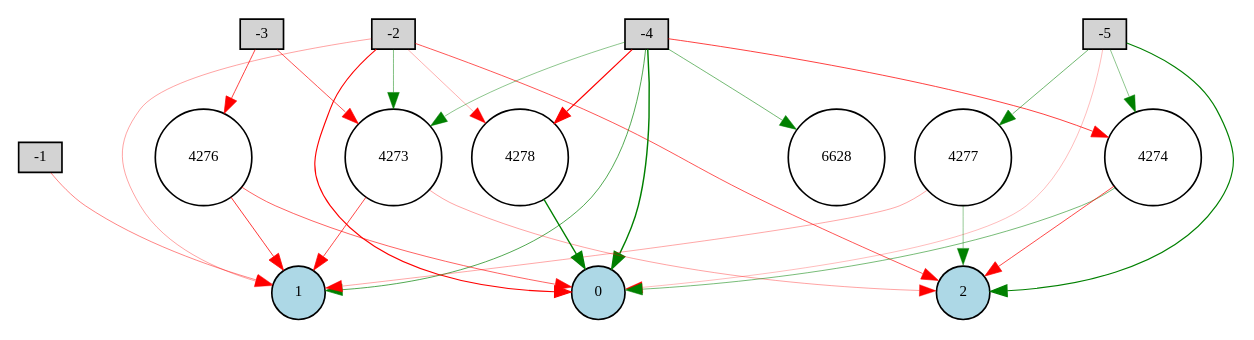
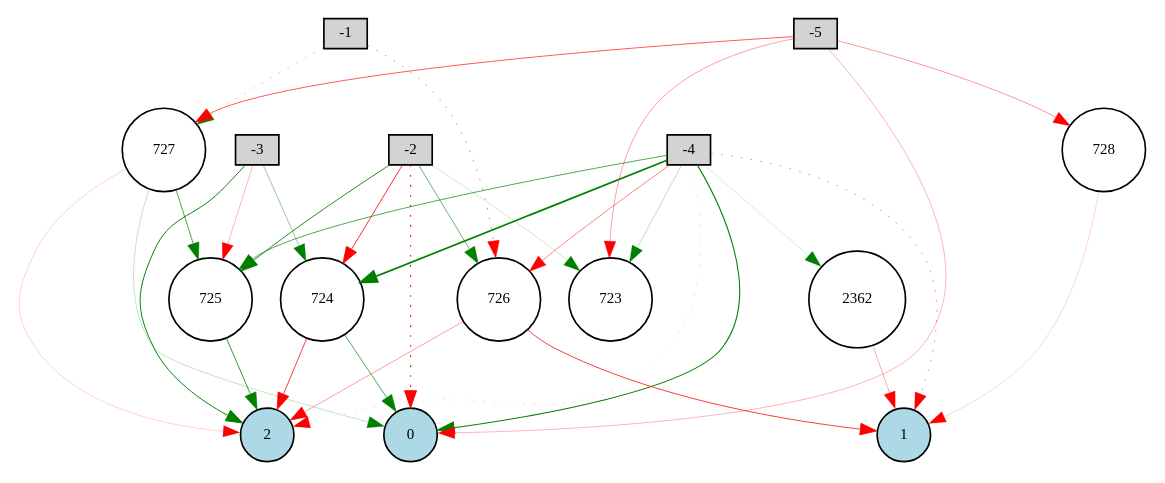
The diagram in TheGameAndTheGeneticAI/Digraph.gv (SparshaSaha/Self-Playing-AI-Bot-using-Evolutionary-Algorithms), drawn with Graphviz before and after one commit. The commit also changed 7 other files, not shown here.

```diff
--- a/TheGameAndTheGeneticAI/Digraph.gv
+++ b/TheGameAndTheGeneticAI/Digraph.gv
@@ -1,44 +1,50 @@
 digraph {
 	node [fontsize=9 height=0.2 shape=circle width=0.2]
 	-1 [fillcolor=lightgray shape=box style=filled]
 	-2 [fillcolor=lightgray shape=box style=filled]
 	-3 [fillcolor=lightgray shape=box style=filled]
 	-4 [fillcolor=lightgray shape=box style=filled]
 	-5 [fillcolor=lightgray shape=box style=filled]
 	0 [fillcolor=lightblue style=filled]
 	1 [fillcolor=lightblue style=filled]
 	2 [fillcolor=lightblue style=filled]
-	6628 [fillcolor=white style=filled]
-	4273 [fillcolor=white style=filled]
-	4274 [fillcolor=white style=filled]
-	4276 [fillcolor=white style=filled]
-	4277 [fillcolor=white style=filled]
-	4278 [fillcolor=white style=filled]
-	-5 -> 0 [color=red penwidth=0.15612209382888625 style=solid]
-	-3 -> 4273 [color=red penwidth=0.40985212997090925 style=solid]
-	-4 -> 6628 [color=green penwidth=0.33424494211961525 style=solid]
-	-2 -> 0 [color=red penwidth=0.6752320891383217 style=solid]
-	-4 -> 4274 [color=red penwidth=0.44579380607045616 style=solid]
-	4277 -> 1 [color=red penwidth=0.20806026723977367 style=solid]
-	-2 -> 2 [color=red penwidth=0.3983851810019513 style=solid]
-	-4 -> 4278 [color=red penwidth=0.693594141436488 style=solid]
-	-2 -> 4278 [color=red penwidth=0.19492356351705253 style=solid]
-	4273 -> 2 [color=red penwidth=0.22385733171094213 style=solid]
-	-4 -> 0 [color=green penwidth=0.8637417481084573 style=solid]
-	4276 -> 0 [color=red penwidth=0.3722146696747587 style=solid]
-	4274 -> 0 [color=green penwidth=0.3200846904241139 style=solid]
-	4277 -> 2 [color=green penwidth=0.25171139325308434 style=solid]
-	-2 -> 1 [color=red penwidth=0.2245036363581412 style=solid]
-	-4 -> 4273 [color=green penwidth=0.2701208973615318 style=solid]
-	4274 -> 2 [color=red penwidth=0.4285043924879728 style=solid]
-	-5 -> 4274 [color=green penwidth=0.2746725705510943 style=solid]
-	-5 -> 4277 [color=green penwidth=0.3413244981387672 style=solid]
-	4276 -> 1 [color=red penwidth=0.4655590827694507 style=solid]
-	4273 -> 1 [color=red penwidth=0.426857481254556 style=solid]
-	4278 -> 0 [color=green penwidth=0.7991223361124299 style=solid]
-	-2 -> 4273 [color=green penwidth=0.2966000061262928 style=solid]
-	-4 -> 1 [color=green penwidth=0.41473165380457977 style=solid]
-	-1 -> 1 [color=red penwidth=0.28544789384110236 style=solid]
-	-5 -> 2 [color=green penwidth=0.6996740882571642 style=solid]
-	-3 -> 4276 [color=red penwidth=0.4539985510374145 style=solid]
+	723 [fillcolor=white style=filled]
+	724 [fillcolor=white style=filled]
+	725 [fillcolor=white style=filled]
+	726 [fillcolor=white style=filled]
+	727 [fillcolor=white style=filled]
+	728 [fillcolor=white style=filled]
+	2362 [fillcolor=white style=filled]
+	-5 -> 0 [color=red penwidth=0.18102949605434174 style=solid]
+	-2 -> 0 [color=red penwidth=0.6716353406249786 style=dotted]
+	-2 -> 725 [color=green penwidth=0.5183338157816337 style=solid]
+	725 -> 2 [color=green penwidth=0.4847197427810167 style=solid]
+	-3 -> 724 [color=green penwidth=0.2649685799297655 style=solid]
+	-1 -> 727 [color=green penwidth=0.2004220421758966 style=dotted]
+	-5 -> 723 [color=red penwidth=0.23287053289253518 style=solid]
+	-4 -> 725 [color=green penwidth=0.4066137476861216 style=solid]
+	-4 -> 2 [color=red penwidth=0.11184885236038666 style=dotted]
+	-4 -> 0 [color=green penwidth=0.6318597085522605 style=solid]
+	-2 -> 723 [color=green penwidth=0.12373327442451196 style=solid]
+	-4 -> 2362 [color=green penwidth=0.10328202179925325 style=solid]
+	724 -> 0 [color=green penwidth=0.40689529360201504 style=solid]
+	-5 -> 727 [color=red penwidth=0.38586306914577206 style=solid]
+	726 -> 2 [color=red penwidth=0.23230426905673804 style=solid]
+	2362 -> 1 [color=red penwidth=0.19651456981131335 style=solid]
+	-5 -> 728 [color=red penwidth=0.251403696544232 style=solid]
+	724 -> 2 [color=red penwidth=0.4588551610974153 style=solid]
+	-3 -> 2 [color=green penwidth=0.5811116493992163 style=solid]
+	-4 -> 726 [color=red penwidth=0.28595564766346143 style=solid]
+	727 -> 2 [color=red penwidth=0.10821678486022862 style=solid]
+	-2 -> 726 [color=green penwidth=0.353533467006525 style=solid]
+	-1 -> 726 [color=red penwidth=0.3169608442327985 style=dotted]
+	727 -> 725 [color=green penwidth=0.41965354947554334 style=solid]
+	727 -> 0 [color=green penwidth=0.14359146379074517 style=solid]
+	-2 -> 724 [color=red penwidth=0.5006071782949792 style=solid]
+	728 -> 1 [color=red penwidth=0.10449678978584004 style=solid]
+	-4 -> 1 [color=red penwidth=0.2879587869262171 style=dotted]
+	726 -> 1 [color=red penwidth=0.4598389571073782 style=solid]
+	-4 -> 724 [color=green penwidth=1.0357174285208677 style=solid]
+	-4 -> 723 [color=green penwidth=0.1618856395468367 style=solid]
+	-3 -> 725 [color=red penwidth=0.1813285174577139 style=solid]
 }
```
